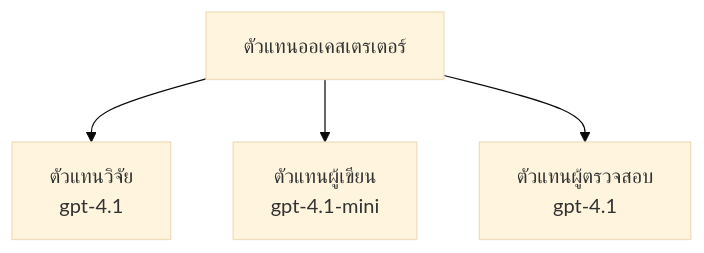
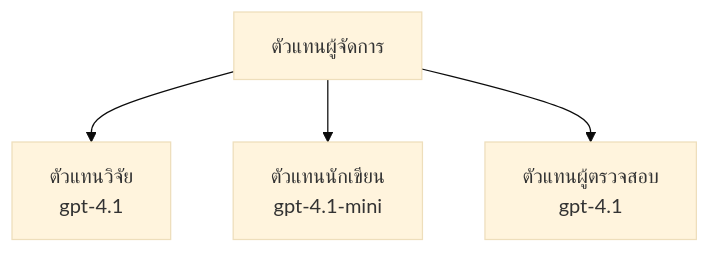
Before and after one commit to microsoft/AZD-for-beginners: the third of 3 diagrams in translations/th/docs/chapter-02-ai-development/agents.md, drawn with Mermaid (base theme). The commit also changed other lines of this file and 101 other files, not shown here.

````diff
--- a/translations/th/docs/chapter-02-ai-development/agents.md
+++ b/translations/th/docs/chapter-02-ai-development/agents.md
@@ -189,6 +194,6 @@
 ```mermaid
 graph TD
-    Orchestrator[ตัวแทนออเคสเตรเตอร์] --> Research[ตัวแทนวิจัย<br/>gpt-4.1]
-    Orchestrator --> Writer[ตัวแทนผู้เขียน<br/>gpt-4.1-mini]
+    Orchestrator[ตัวแทนผู้จัดการ] --> Research[ตัวแทนวิจัย<br/>gpt-4.1]
+    Orchestrator --> Writer[ตัวแทนนักเขียน<br/>gpt-4.1-mini]
     Orchestrator --> Reviewer[ตัวแทนผู้ตรวจสอบ<br/>gpt-4.1]
 ```
````
